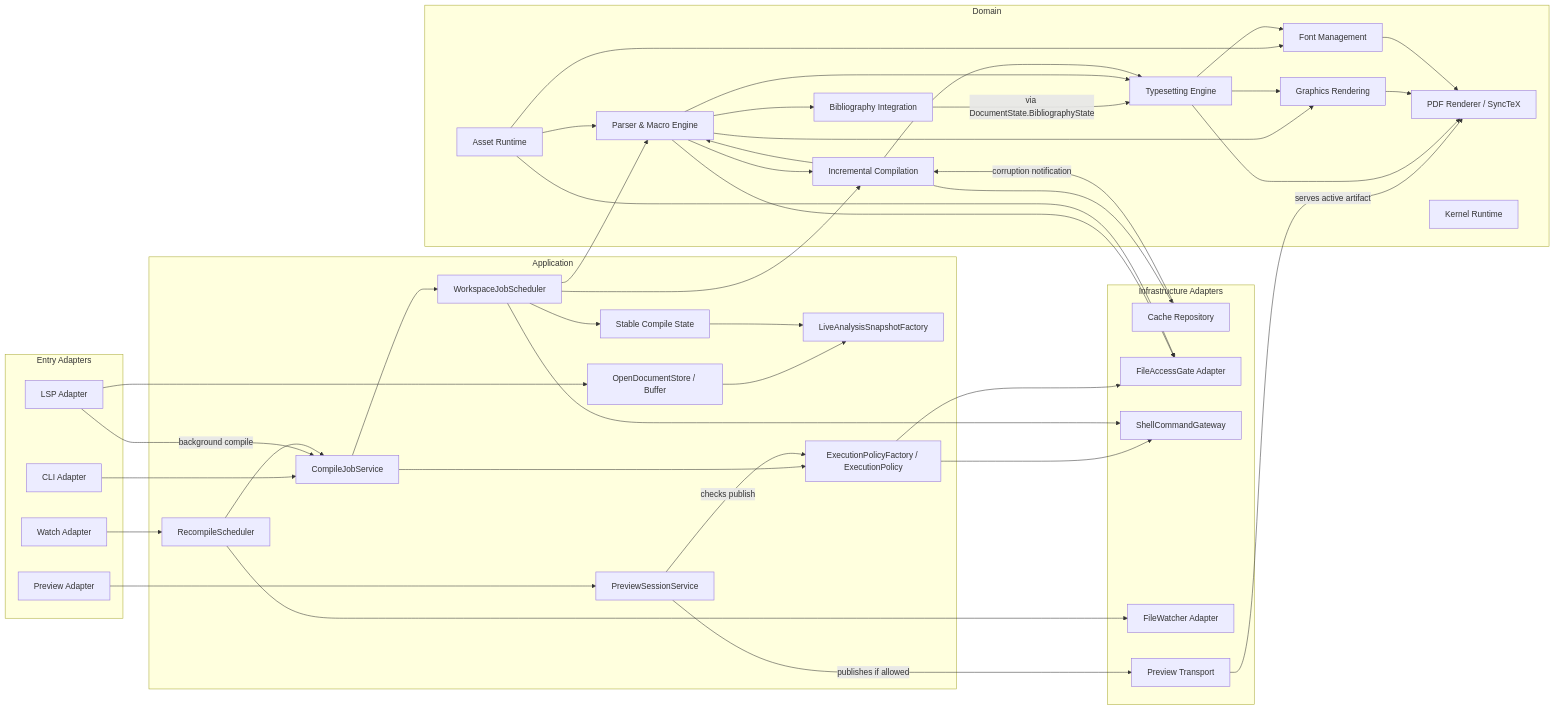
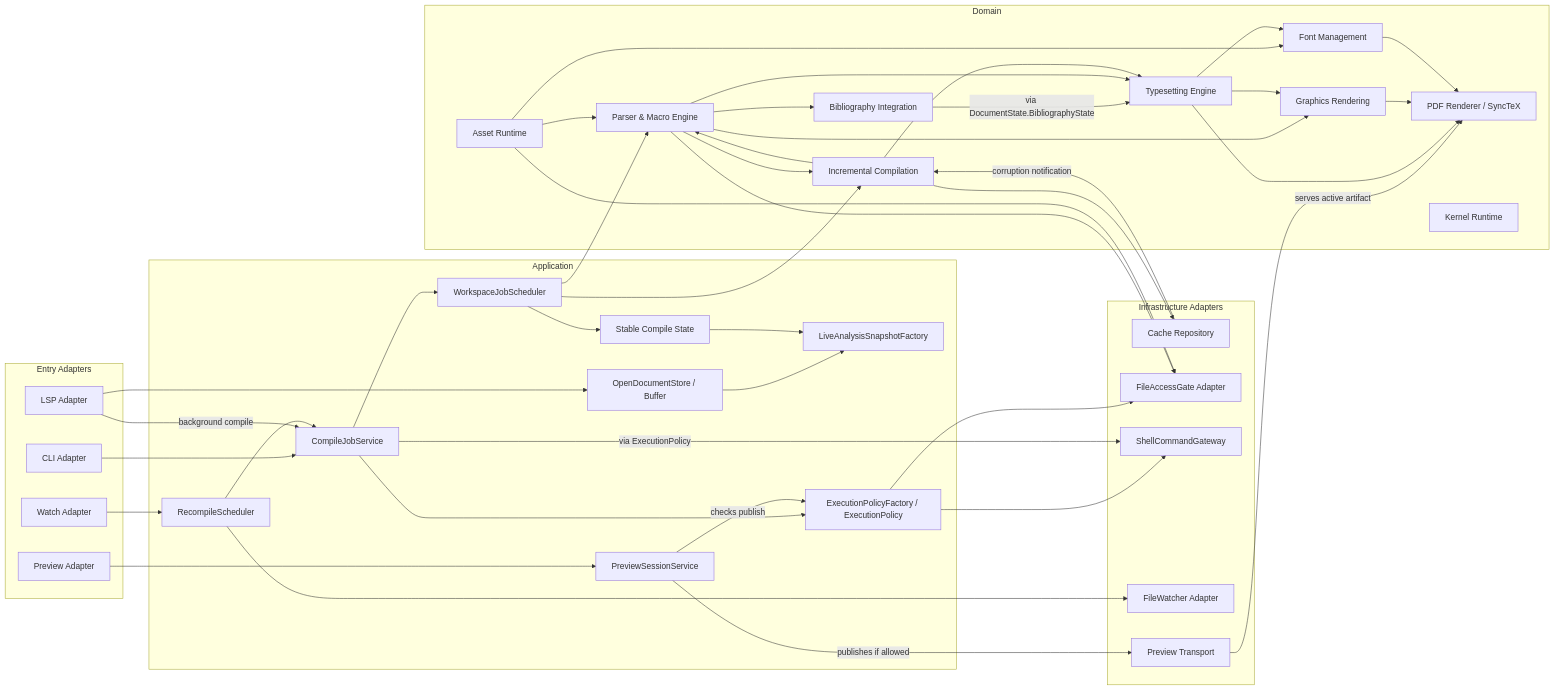
One commit to RK0429/ferritex changed the third of 3 diagrams in docs/architecture.md. Above: the diagram before and after it, drawn with Mermaid. The commit also changed other lines of this file and 2 other files, not shown here.

````diff
--- a/docs/architecture.md
+++ b/docs/architecture.md
@@ -146,82 +146,82 @@
 ```mermaid
 graph LR
     subgraph EntryAdapters[Entry Adapters]
         CLI[CLI Adapter]
         LSP[LSP Adapter]
         Watch[Watch Adapter]
         Preview[Preview Adapter]
     end
 
     subgraph Application[Application]
         CompileSvc[CompileJobService]
         AnalysisSvc[LiveAnalysisSnapshotFactory]
         OpenDocs[OpenDocumentStore / Buffer]
         Stable[Stable Compile State]
         Scheduler[WorkspaceJobScheduler]
         Recompile[RecompileScheduler]
         PreviewSvc[PreviewSessionService]
         Policy[ExecutionPolicyFactory / ExecutionPolicy]
     end
 
     subgraph Domain[Domain]
         Parser[Parser & Macro Engine]
         Bibliography[Bibliography Integration]
         Typeset[Typesetting Engine]
         Incremental[Incremental Compilation]
         Graphics[Graphics Rendering]
         Font[Font Management]
         Pdf[PDF Renderer / SyncTeX]
         Assets[Asset Runtime]
         Kernel[Kernel Runtime]
     end
 
     subgraph Infra[Infrastructure Adapters]
         Cache[Cache Repository]
         Files[FileAccessGate Adapter]
         Tools[ShellCommandGateway]
         Watcher[FileWatcher Adapter]
         Transport[Preview Transport]
     end
 
     CLI --> CompileSvc
     LSP --> OpenDocs
     LSP -->|background compile| CompileSvc
     OpenDocs --> AnalysisSvc
     Watch --> Recompile
     Recompile --> CompileSvc
     Preview --> PreviewSvc
 
     CompileSvc --> Scheduler
     CompileSvc --> Policy
     Scheduler --> Stable
     Stable --> AnalysisSvc
     Scheduler --> Parser
     Scheduler --> Incremental
     Transport -->|serves active artifact| Pdf
     PreviewSvc -->|checks publish| Policy
 
     Assets --> Parser
     Assets --> Font
     Parser --> Bibliography
     Bibliography -->|via DocumentState.BibliographyState| Typeset
     Parser --> Typeset
     Parser --> Graphics
     Parser --> Incremental
     Typeset --> Graphics
     Typeset --> Font
     Typeset --> Pdf
     Graphics --> Pdf
     Font --> Pdf
     Incremental --> Parser
     Incremental --> Typeset
 
     Incremental --> Cache
     Cache -->|corruption notification| Incremental
     Policy --> Files
     Policy --> Tools
     Parser --> Files
     Assets --> Files
     Recompile --> Watcher
     PreviewSvc -->|publishes if allowed| Transport
-    Scheduler --> Tools
+    CompileSvc -->|via ExecutionPolicy| Tools
 ```
````
